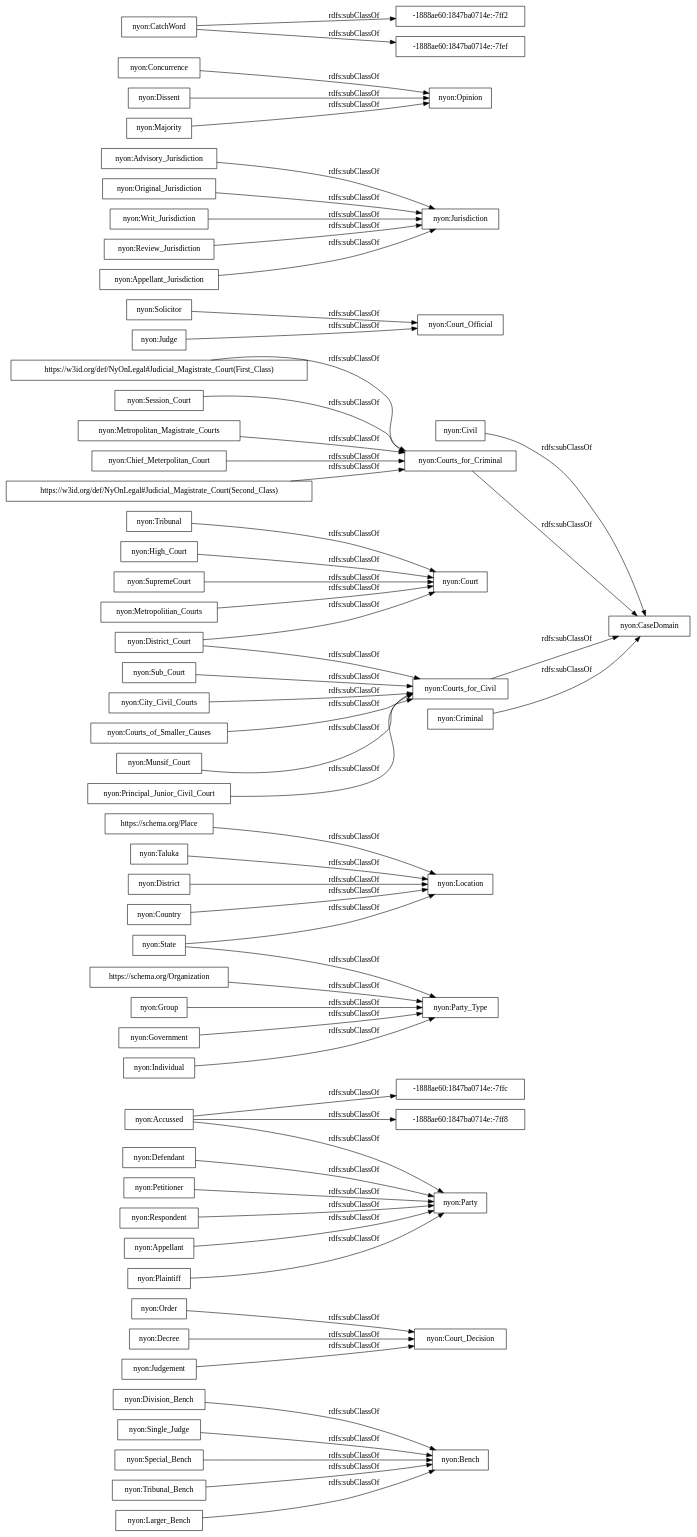
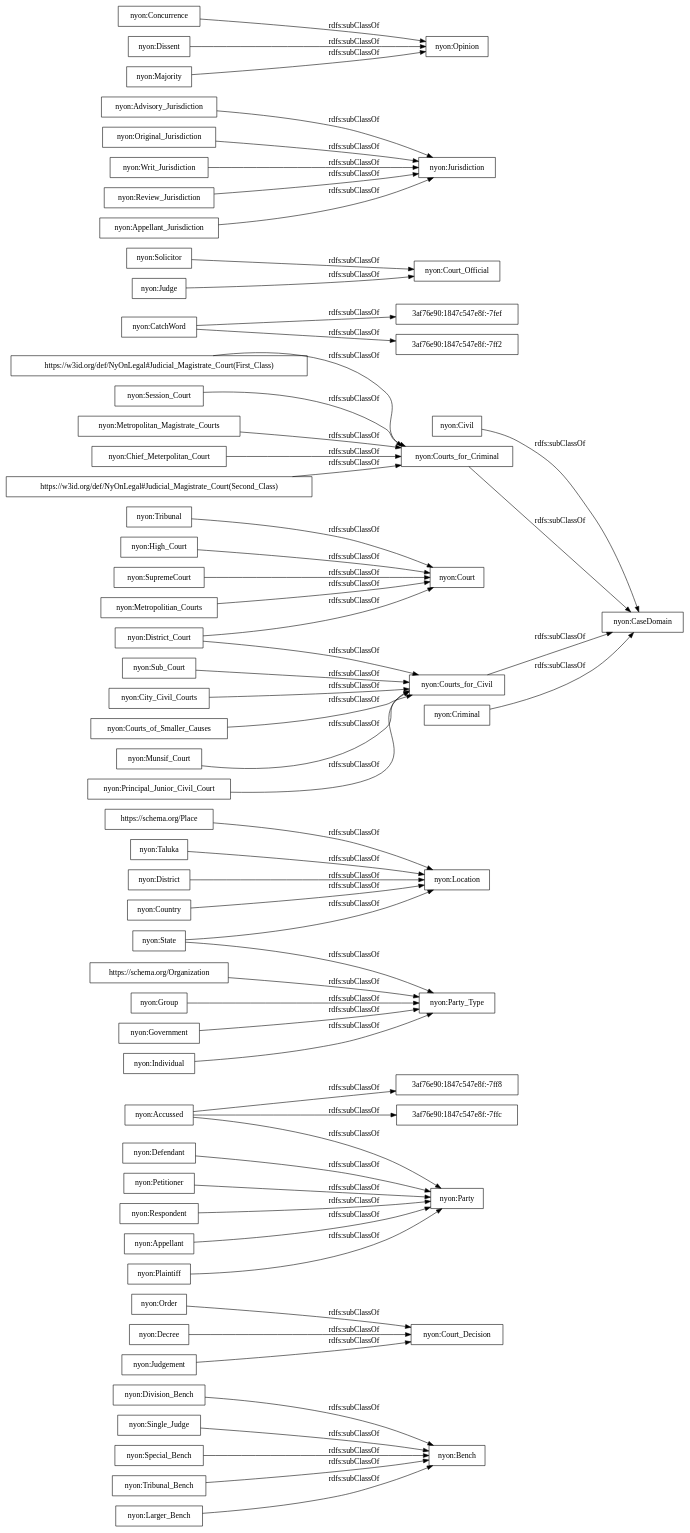
The diagram in OnToology/NyOn.owl/diagrams/ar2dtool-taxonomy/NyOn.owl.png.dot (ahmad88me/NyOn), drawn with Graphviz before and after one commit. The commit also changed 9 other files, not shown here.

```diff
--- a/OnToology/NyOn.owl/diagrams/ar2dtool-taxonomy/NyOn.owl.png.dot
+++ b/OnToology/NyOn.owl/diagrams/ar2dtool-taxonomy/NyOn.owl.png.dot
@@ -1,64 +1,64 @@
 digraph ar2dtool_diagram { 
 rankdir=LR;
 size="1000"
-node [shape = rectangle, color="black"]; "nyon:Division_Bench" "nyon:Order" "nyon:Decree" "nyon:Bench" "nyon:Party" "nyon:Court_Decision" "nyon:Defendant" "https://schema.org/Place" "nyon:Accussed" "nyon:Civil" "nyon:Taluka" "nyon:Principal_Junior_Civil_Court" "nyon:Solicitor" "nyon:Advisory_Jurisdiction" "nyon:Single_Judge" "nyon:Session_Court" "nyon:Metropolitan_Magistrate_Courts" "nyon:District_Court" "nyon:Chief_Meterpolitan_Court" "nyon:Original_Jurisdiction" "nyon:Court_Official" "-1888ae60:1847ba0714e:-7ff8" "nyon:Court" "nyon:High_Court" "https://w3id.org/def/NyOnLegal#Judicial_Magistrate_Court(Second_Class)" "nyon:State" "nyon:Concurrence" "nyon:Courts_for_Criminal" "nyon:Courts_for_Civil" "nyon:Writ_Jurisdiction" "nyon:Location" "nyon:District" "nyon:Review_Jurisdiction" "nyon:City_Civil_Courts" "nyon:Appellant_Jurisdiction" "nyon:SupremeCourt" "nyon:Special_Bench" "nyon:Individual" "nyon:Opinion" "nyon:Judge" "nyon:Courts_of_Smaller_Causes" "nyon:Judgement" "-1888ae60:1847ba0714e:-7ff2" "nyon:Tribunal_Bench" "nyon:Jurisdiction" "-1888ae60:1847ba0714e:-7ffc" "https://schema.org/Organization" "nyon:Metropolitian_Courts" "nyon:Criminal" "nyon:Group" "nyon:Appellant" "nyon:Munsif_Court" "nyon:CatchWord" "nyon:Dissent" "nyon:Party_Type" "-1888ae60:1847ba0714e:-7fef" "nyon:Plaintiff" "nyon:Country" "nyon:Tribunal" "nyon:Majority" "nyon:Petitioner" "nyon:CaseDomain" "nyon:Sub_Court" "nyon:Larger_Bench" "https://w3id.org/def/NyOnLegal#Judicial_Magistrate_Court(First_Class)" "nyon:Respondent" "nyon:Government" ; /*classes style*/
+node [shape = rectangle, color="black"]; "nyon:Division_Bench" "nyon:Order" "nyon:Decree" "nyon:Bench" "nyon:Party" "3af76e90:1847c547e8f:-7ffc" "nyon:Court_Decision" "nyon:Defendant" "https://schema.org/Place" "nyon:Accussed" "nyon:Civil" "nyon:Taluka" "nyon:Principal_Junior_Civil_Court" "3af76e90:1847c547e8f:-7fef" "nyon:Solicitor" "nyon:Advisory_Jurisdiction" "nyon:Single_Judge" "nyon:Session_Court" "nyon:Metropolitan_Magistrate_Courts" "nyon:District_Court" "nyon:Chief_Meterpolitan_Court" "nyon:Original_Jurisdiction" "nyon:Court_Official" "nyon:Court" "nyon:High_Court" "https://w3id.org/def/NyOnLegal#Judicial_Magistrate_Court(Second_Class)" "nyon:State" "nyon:Concurrence" "nyon:Courts_for_Criminal" "nyon:Courts_for_Civil" "nyon:Writ_Jurisdiction" "nyon:Location" "nyon:District" "nyon:Review_Jurisdiction" "nyon:City_Civil_Courts" "nyon:Appellant_Jurisdiction" "nyon:SupremeCourt" "nyon:Special_Bench" "nyon:Individual" "3af76e90:1847c547e8f:-7ff2" "nyon:Opinion" "nyon:Judge" "nyon:Courts_of_Smaller_Causes" "nyon:Judgement" "nyon:Tribunal_Bench" "nyon:Jurisdiction" "3af76e90:1847c547e8f:-7ff8" "https://schema.org/Organization" "nyon:Metropolitian_Courts" "nyon:Criminal" "nyon:Group" "nyon:Appellant" "nyon:Munsif_Court" "nyon:CatchWord" "nyon:Dissent" "nyon:Party_Type" "nyon:Plaintiff" "nyon:Country" "nyon:Tribunal" "nyon:Majority" "nyon:Petitioner" "nyon:CaseDomain" "nyon:Sub_Court" "nyon:Larger_Bench" "https://w3id.org/def/NyOnLegal#Judicial_Magistrate_Court(First_Class)" "nyon:Respondent" "nyon:Government" ; /*classes style*/
 	"nyon:Writ_Jurisdiction" -> "nyon:Jurisdiction" [ label = "rdfs:subClassOf" ];
 	"nyon:Special_Bench" -> "nyon:Bench" [ label = "rdfs:subClassOf" ];
 	"https://schema.org/Place" -> "nyon:Location" [ label = "rdfs:subClassOf" ];
 	"nyon:Judge" -> "nyon:Court_Official" [ label = "rdfs:subClassOf" ];
 	"nyon:Petitioner" -> "nyon:Party" [ label = "rdfs:subClassOf" ];
 	"nyon:Original_Jurisdiction" -> "nyon:Jurisdiction" [ label = "rdfs:subClassOf" ];
 	"nyon:Appellant" -> "nyon:Party" [ label = "rdfs:subClassOf" ];
 	"nyon:Order" -> "nyon:Court_Decision" [ label = "rdfs:subClassOf" ];
 	"nyon:Review_Jurisdiction" -> "nyon:Jurisdiction" [ label = "rdfs:subClassOf" ];
 	"https://schema.org/Organization" -> "nyon:Party_Type" [ label = "rdfs:subClassOf" ];
 	"nyon:District_Court" -> "nyon:Courts_for_Civil" [ label = "rdfs:subClassOf" ];
 	"nyon:District_Court" -> "nyon:Court" [ label = "rdfs:subClassOf" ];
 	"nyon:Metropolitian_Courts" -> "nyon:Court" [ label = "rdfs:subClassOf" ];
 	"nyon:Munsif_Court" -> "nyon:Courts_for_Civil" [ label = "rdfs:subClassOf" ];
 	"nyon:Respondent" -> "nyon:Party" [ label = "rdfs:subClassOf" ];
 	"nyon:Chief_Meterpolitan_Court" -> "nyon:Courts_for_Criminal" [ label = "rdfs:subClassOf" ];
 	"nyon:Session_Court" -> "nyon:Courts_for_Criminal" [ label = "rdfs:subClassOf" ];
 	"nyon:Majority" -> "nyon:Opinion" [ label = "rdfs:subClassOf" ];
 	"nyon:SupremeCourt" -> "nyon:Court" [ label = "rdfs:subClassOf" ];
 	"nyon:Larger_Bench" -> "nyon:Bench" [ label = "rdfs:subClassOf" ];
 	"nyon:Single_Judge" -> "nyon:Bench" [ label = "rdfs:subClassOf" ];
 	"nyon:Dissent" -> "nyon:Opinion" [ label = "rdfs:subClassOf" ];
 	"nyon:Government" -> "nyon:Party_Type" [ label = "rdfs:subClassOf" ];
 	"nyon:City_Civil_Courts" -> "nyon:Courts_for_Civil" [ label = "rdfs:subClassOf" ];
 	"nyon:District" -> "nyon:Location" [ label = "rdfs:subClassOf" ];
 	"nyon:Decree" -> "nyon:Court_Decision" [ label = "rdfs:subClassOf" ];
 	"nyon:High_Court" -> "nyon:Court" [ label = "rdfs:subClassOf" ];
 	"nyon:Courts_for_Civil" -> "nyon:CaseDomain" [ label = "rdfs:subClassOf" ];
 	"nyon:Sub_Court" -> "nyon:Courts_for_Civil" [ label = "rdfs:subClassOf" ];
 	"nyon:Civil" -> "nyon:CaseDomain" [ label = "rdfs:subClassOf" ];
 	"nyon:Plaintiff" -> "nyon:Party" [ label = "rdfs:subClassOf" ];
 	"nyon:State" -> "nyon:Party_Type" [ label = "rdfs:subClassOf" ];
 	"nyon:State" -> "nyon:Location" [ label = "rdfs:subClassOf" ];
 	"nyon:Criminal" -> "nyon:CaseDomain" [ label = "rdfs:subClassOf" ];
 	"nyon:Principal_Junior_Civil_Court" -> "nyon:Courts_for_Civil" [ label = "rdfs:subClassOf" ];
 	"nyon:Tribunal" -> "nyon:Court" [ label = "rdfs:subClassOf" ];
 	"https://w3id.org/def/NyOnLegal#Judicial_Magistrate_Court(Second_Class)" -> "nyon:Courts_for_Criminal" [ label = "rdfs:subClassOf" ];
 	"nyon:Courts_for_Criminal" -> "nyon:CaseDomain" [ label = "rdfs:subClassOf" ];
 	"nyon:Concurrence" -> "nyon:Opinion" [ label = "rdfs:subClassOf" ];
-	"nyon:CatchWord" -> "-1888ae60:1847ba0714e:-7fef" [ label = "rdfs:subClassOf" ];
-	"nyon:CatchWord" -> "-1888ae60:1847ba0714e:-7ff2" [ label = "rdfs:subClassOf" ];
+	"nyon:CatchWord" -> "3af76e90:1847c547e8f:-7fef" [ label = "rdfs:subClassOf" ];
+	"nyon:CatchWord" -> "3af76e90:1847c547e8f:-7ff2" [ label = "rdfs:subClassOf" ];
 	"nyon:Solicitor" -> "nyon:Court_Official" [ label = "rdfs:subClassOf" ];
 	"nyon:Courts_of_Smaller_Causes" -> "nyon:Courts_for_Civil" [ label = "rdfs:subClassOf" ];
 	"nyon:Defendant" -> "nyon:Party" [ label = "rdfs:subClassOf" ];
-	"nyon:Accussed" -> "-1888ae60:1847ba0714e:-7ff8" [ label = "rdfs:subClassOf" ];
-	"nyon:Accussed" -> "-1888ae60:1847ba0714e:-7ffc" [ label = "rdfs:subClassOf" ];
+	"nyon:Accussed" -> "3af76e90:1847c547e8f:-7ff8" [ label = "rdfs:subClassOf" ];
+	"nyon:Accussed" -> "3af76e90:1847c547e8f:-7ffc" [ label = "rdfs:subClassOf" ];
 	"nyon:Accussed" -> "nyon:Party" [ label = "rdfs:subClassOf" ];
 	"nyon:Group" -> "nyon:Party_Type" [ label = "rdfs:subClassOf" ];
 	"nyon:Country" -> "nyon:Location" [ label = "rdfs:subClassOf" ];
 	"nyon:Tribunal_Bench" -> "nyon:Bench" [ label = "rdfs:subClassOf" ];
 	"nyon:Taluka" -> "nyon:Location" [ label = "rdfs:subClassOf" ];
 	"nyon:Judgement" -> "nyon:Court_Decision" [ label = "rdfs:subClassOf" ];
 	"nyon:Division_Bench" -> "nyon:Bench" [ label = "rdfs:subClassOf" ];
 	"nyon:Advisory_Jurisdiction" -> "nyon:Jurisdiction" [ label = "rdfs:subClassOf" ];
 	"nyon:Metropolitan_Magistrate_Courts" -> "nyon:Courts_for_Criminal" [ label = "rdfs:subClassOf" ];
 	"nyon:Appellant_Jurisdiction" -> "nyon:Jurisdiction" [ label = "rdfs:subClassOf" ];
 	"nyon:Individual" -> "nyon:Party_Type" [ label = "rdfs:subClassOf" ];
 	"https://w3id.org/def/NyOnLegal#Judicial_Magistrate_Court(First_Class)" -> "nyon:Courts_for_Criminal" [ label = "rdfs:subClassOf" ];
 
 }
```
